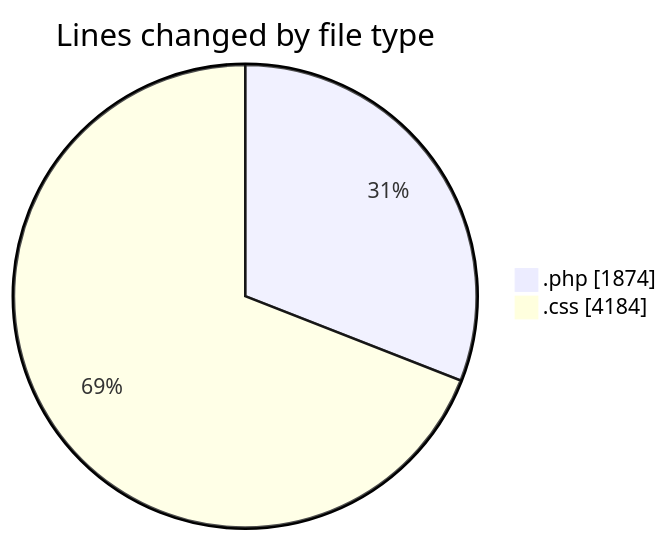
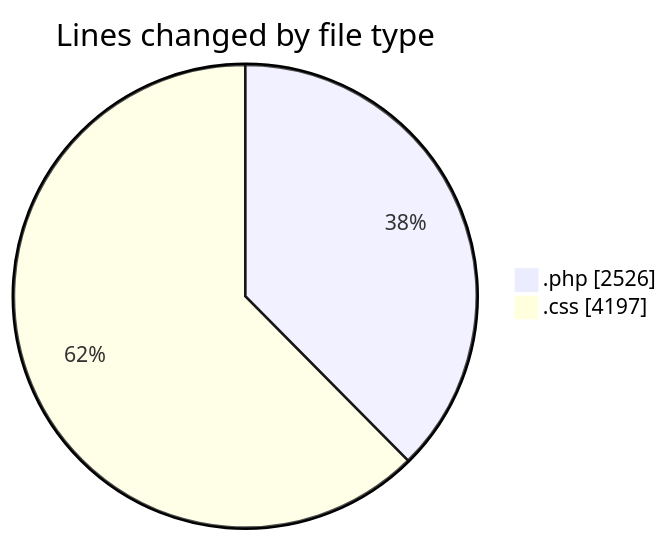
One commit to debugP/code-tracking changed the first of 2 diagrams in 2026-08-14/untitled__workspace_/README.md. Above: the diagram before and after it, drawn with Mermaid. The commit also changed other lines of this file and 1 other file, not shown here.

````diff
--- a/2026-08-14/untitled__workspace_/README.md
+++ b/2026-08-14/untitled__workspace_/README.md
@@ -23,6 +24,6 @@
 ```mermaid
 pie showData
 title Lines changed by file type
-".php" : 1874
-".css" : 4184
+".php" : 2526
+".css" : 4197
 ```
````
